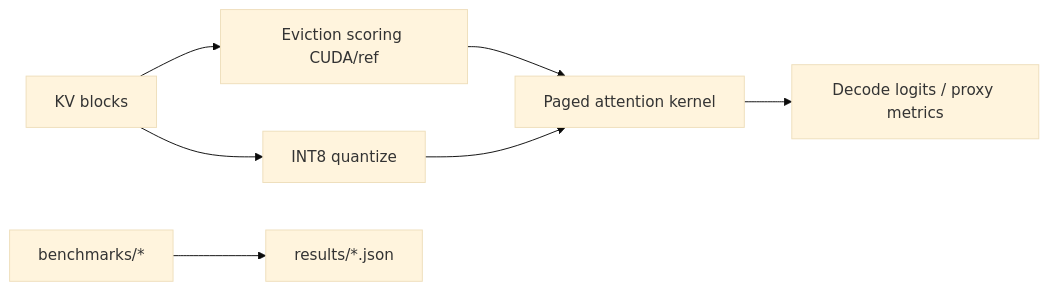
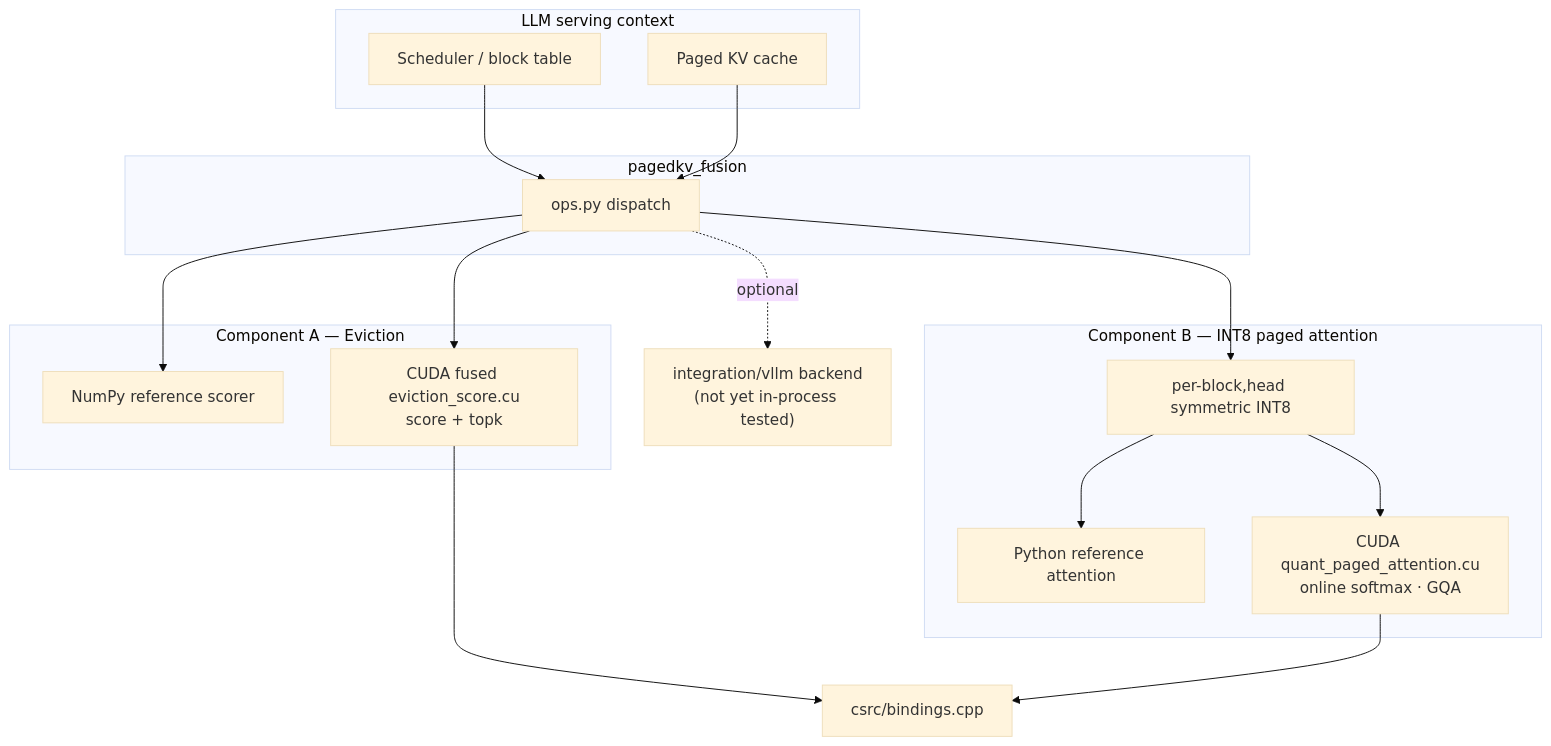
One commit to ArchanaChetan07/PagedKV-Fusion-Custom-CUDA-Kernels-for-KV-Cache-Eviction-Quantized-Paged-Attention changed the fourth of 7 diagrams in README.md. Above: the diagram before and after it, drawn with Mermaid (base theme). The commit also changed other lines of this file, not shown here.

Commit message:
docs: FAANG-ready README with T1000 benchmarks, diagrams, and honest validation gates

````diff
--- a/README.md
+++ b/README.md
@@ -28,9 +145,29 @@
 ```mermaid
-flowchart LR
-  KV[KV blocks] --> EV[Eviction scoring CUDA/ref]
-  KV --> Q[INT8 quantize]
-  EV --> ATT[Paged attention kernel]
-  Q --> ATT
-  ATT --> OUT[Decode logits / proxy metrics]
-  BENCH[benchmarks/*] --> RES[results/*.json]
+flowchart TB
+  subgraph Serving["LLM serving context"]
+    SCH[Scheduler / block table]
+    KV[Paged KV cache]
+  end
+
+  subgraph A["Component A — Eviction"]
+    REF1[NumPy reference scorer]
+    CU1["CUDA fused eviction_score.cu<br/>score + topk"]
+  end
+
+  subgraph B["Component B — INT8 paged attention"]
+    Q[per-block,head symmetric INT8]
+    REF2[Python reference attention]
+    CU2["CUDA quant_paged_attention.cu<br/>online softmax · GQA"]
+  end
+
+  subgraph Pkg["pagedkv_fusion"]
+    OPS[ops.py dispatch]
+  end
+
+  SCH --> OPS
+  KV --> OPS
+  OPS --> CU1 & REF1
+  OPS --> Q --> CU2 & REF2
+  CU1 & CU2 --> BIND[csrc/bindings.cpp]
+  OPS -.->|optional| VLLM["integration/vllm backend<br/>(not yet in-process tested)"]
 ```
````
